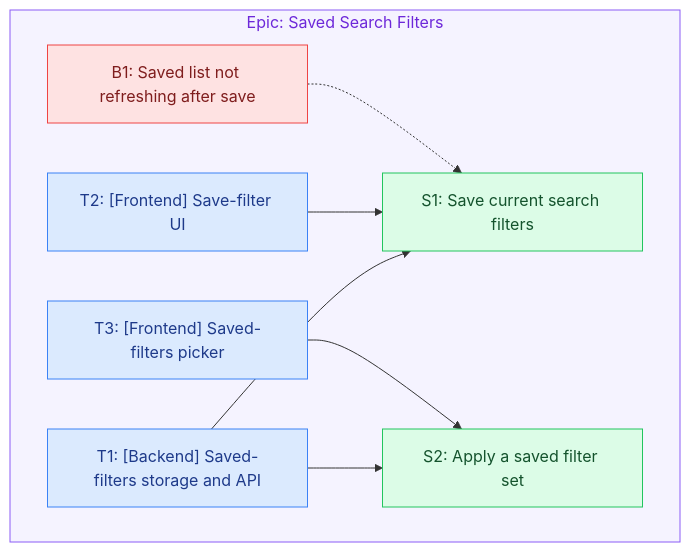
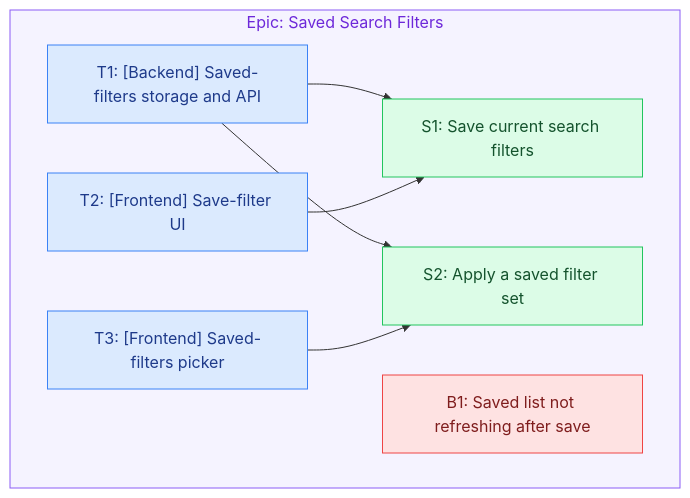
The diagram in skills/groomie/references/fixtures/revise-e2e.md (mfozmen/groomie), drawn with Mermaid before and after one commit. The commit also changed other lines of this file and 5 other files, not shown here.

````diff
--- a/skills/groomie/references/fixtures/revise-e2e.md
+++ b/skills/groomie/references/fixtures/revise-e2e.md
@@ -107,23 +117,22 @@
 ```mermaid
 flowchart TD
   subgraph epic1["Epic: Saved Search Filters"]
     S1["S1: Save current search filters"]
     S2["S2: Apply a saved filter set"]
     T1["T1: [Backend] Saved-filters storage and API"]
     T2["T2: [Frontend] Save-filter UI"]
     T3["T3: [Frontend] Saved-filters picker"]
     B1["B1: Saved list not refreshing after save"]
   end
   T1 --> S1
   T1 --> S2
   T2 --> S1
   T3 --> S2
-  B1 -.-> S1
   classDef story fill:#dcfce7,stroke:#22c55e,color:#14532d;
   classDef task  fill:#dbeafe,stroke:#3b82f6,color:#1e3a8a;
   classDef bug   fill:#fee2e2,stroke:#ef4444,color:#7f1d1d;
   class S1,S2 story;
   class T1,T2,T3 task;
   class B1 bug;
   style epic1 fill:#f5f3ff,stroke:#8b5cf6,color:#6d28d9;
 ```
````
